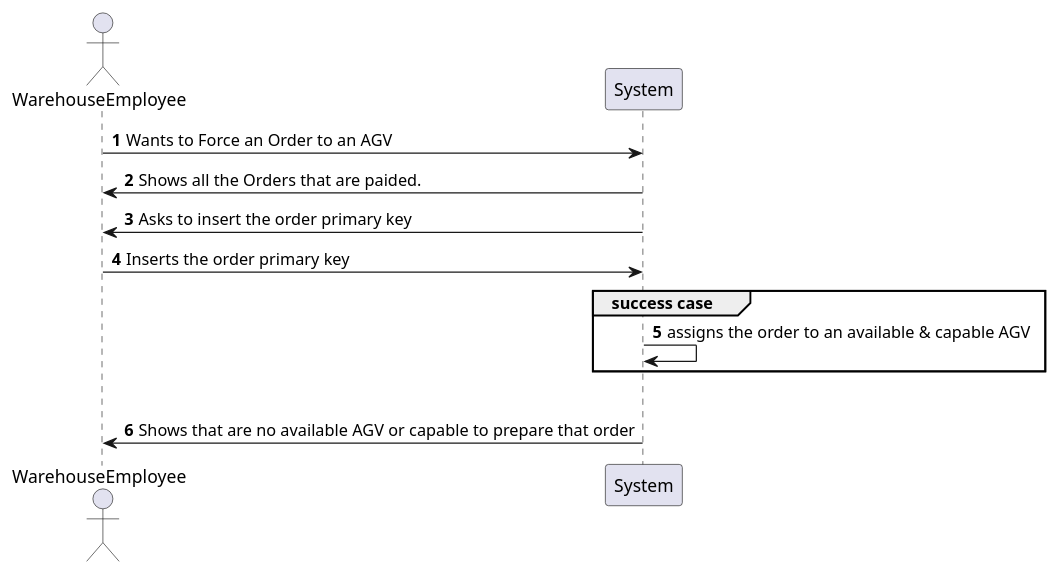
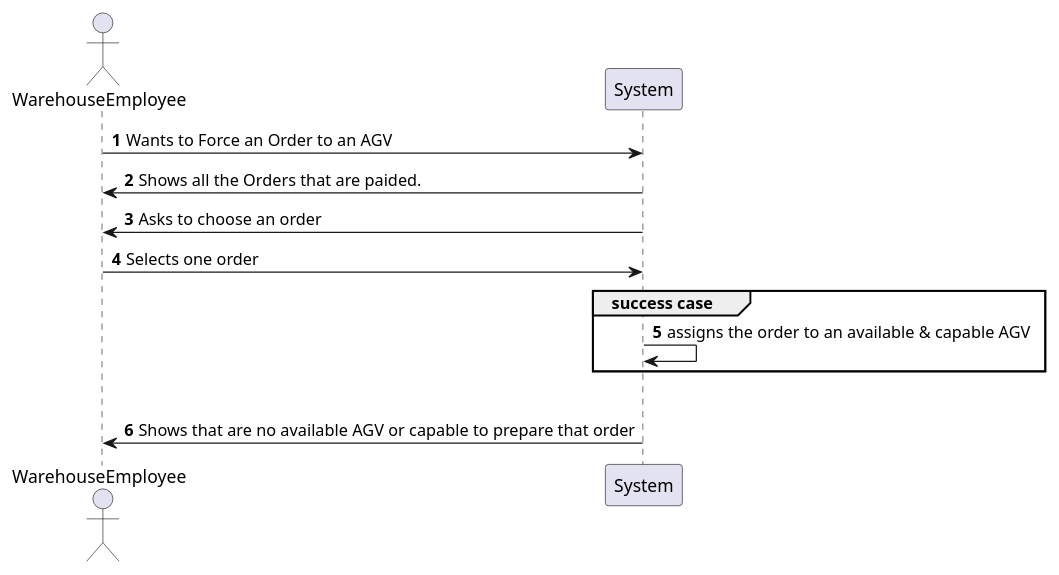
Before and after one commit to LourencoMelo/ISEP-EAPLI: the diagram in eapli.base/docs/1190811/US2003/US2003_SSD.puml, drawn with PlantUML. The commit also changed 14 other files, not shown here.

```diff
--- a/eapli.base/docs/1190811/US2003/US2003_SSD.puml
+++ b/eapli.base/docs/1190811/US2003/US2003_SSD.puml
@@ -1,21 +1,21 @@
 @startuml
 
 autonumber
 
 actor WarehouseEmployee
 
 WarehouseEmployee -> System : Wants to Force an Order to an AGV
 System -> WarehouseEmployee : Shows all the Orders that are paided.
-System -> WarehouseEmployee : Asks to insert the order primary key
-WarehouseEmployee -> System : Inserts the order primary key
+System -> WarehouseEmployee : Asks to choose an order
+WarehouseEmployee -> System : Selects one order
 
 group success case
     System -> System : assigns the order to an available & capable AGV
 
 end
 
 group unsuccessful case
 
      System -> WarehouseEmployee : Shows that are no available AGV or capable to prepare that order
 
 @enduml
```
